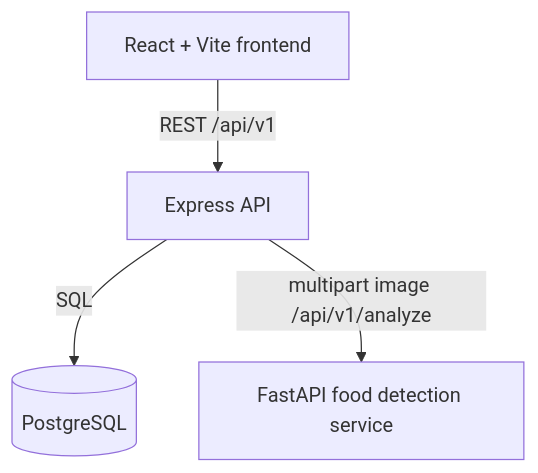
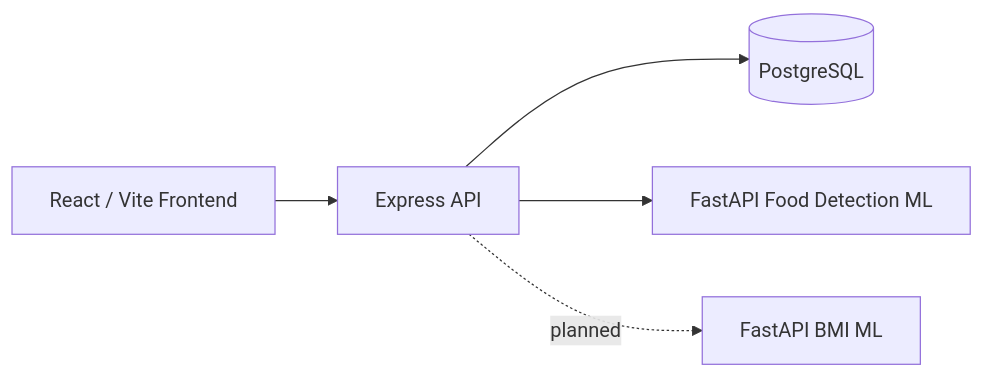
Before and after one commit to Raphcel/Habitscape: the first of 2 diagrams in README.md, drawn with Mermaid. The commit also changed other lines of this file and 30 other files, not shown here.

Commit message:
feat: integrate Railway ML API directly into frontend and implement AI nutrition and daily recap features

````diff
--- a/README.md
+++ b/README.md
@@ -14,11 +7,7 @@
 ```mermaid
-graph TD
-    FE["React + Vite frontend"]
-    BE["Express API"]
-    DB[("PostgreSQL")]
-    ML["FastAPI food detection service"]
-
-    FE -->|"REST /api/v1"| BE
-    BE -->|"SQL"| DB
-    BE -->|"multipart image /api/v1/analyze"| ML
+flowchart LR
+  FE[React / Vite Frontend] --> BE[Express API]
+  BE --> DB[(PostgreSQL)]
+  BE --> FoodML[FastAPI Food Detection ML]
+  BE -. planned .-> BMIML[FastAPI BMI ML]
 ```
````
